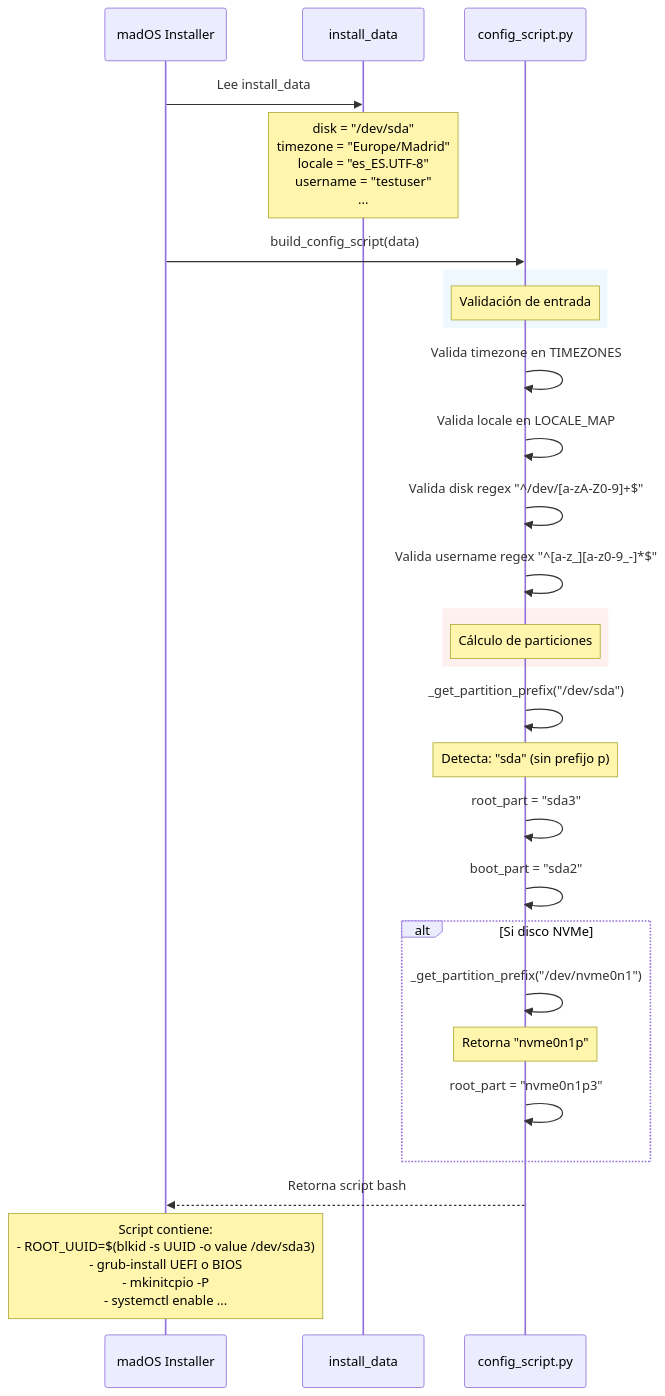
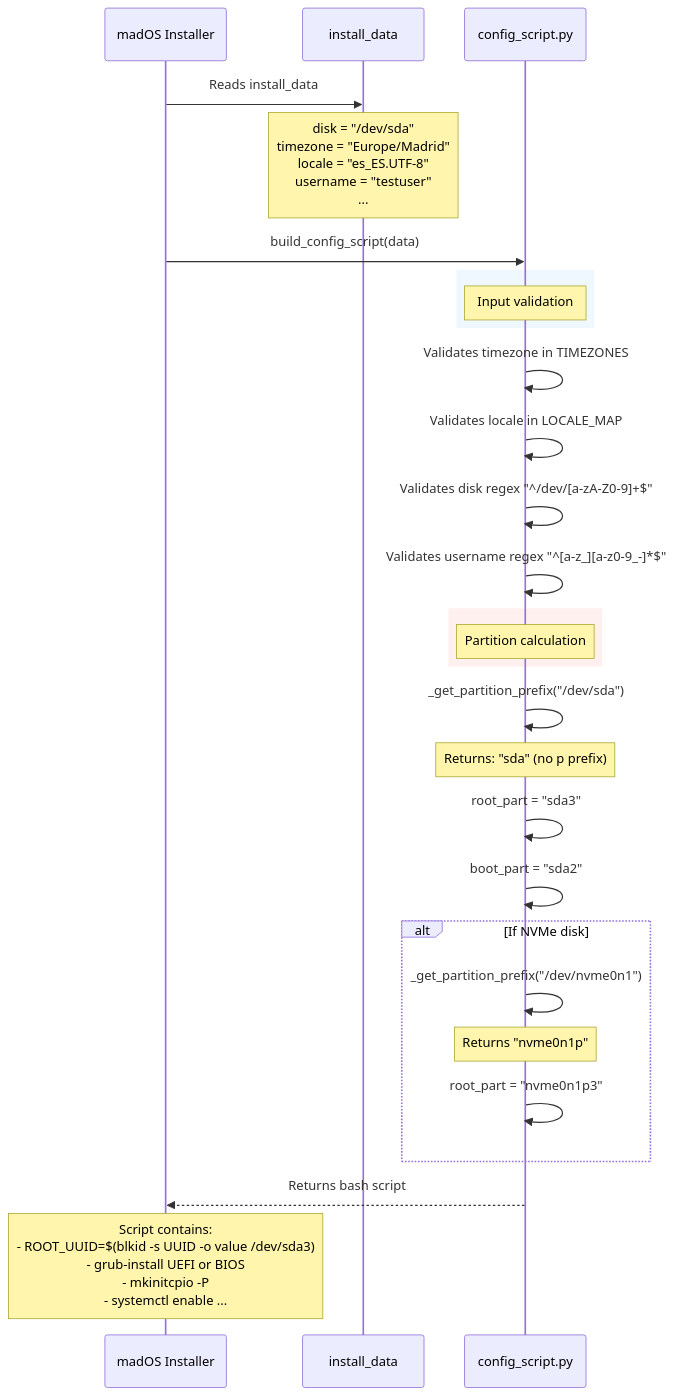
Before and after one commit to madoslinux/mados-installer: the eighth of 12 diagrams in INSTALLATION_FLOW.md, drawn with Mermaid. The commit also changed other lines of this file and 1 other file, not shown here.

First line of the commit message:
fix: add disk variable to config script for BIOS mode

````diff
--- a/INSTALLATION_FLOW.md
+++ b/INSTALLATION_FLOW.md
@@ -178,38 +178,38 @@
 ```mermaid
 sequenceDiagram
     participant App as madOS Installer
     participant Data as install_data
     participant Config as config_script.py
 
-    App->>Data: Lee install_data
+    App->>Data: Reads install_data
     Note over Data: disk = "/dev/sda"<br/>timezone = "Europe/Madrid"<br/>locale = "es_ES.UTF-8"<br/>username = "testuser"<br/>...
 
     App->>Config: build_config_script(data)
 
     rect rgb(240, 248, 255)
-        Note over Config: Validación de entrada
+        Note over Config: Input validation
     end
-    Config->>Config: Valida timezone en TIMEZONES
-    Config->>Config: Valida locale en LOCALE_MAP
-    Config->>Config: Valida disk regex "^/dev/[a-zA-Z0-9]+$"
-    Config->>Config: Valida username regex "^[a-z_][a-z0-9_-]*$"
+    Config->>Config: Validates timezone in TIMEZONES
+    Config->>Config: Validates locale in LOCALE_MAP
+    Config->>Config: Validates disk regex "^/dev/[a-zA-Z0-9]+$"
+    Config->>Config: Validates username regex "^[a-z_][a-z0-9_-]*$"
 
     rect rgb(255, 240, 240)
-        Note over Config: Cálculo de particiones
+        Note over Config: Partition calculation
     end
     Config->>Config: _get_partition_prefix("/dev/sda")
-    Note over Config: Detecta: "sda" (sin prefijo p)
+    Note over Config: Returns: "sda" (no p prefix)
 
     Config->>Config: root_part = "sda3"
     Config->>Config: boot_part = "sda2"
 
-    alt Si disco NVMe
+    alt If NVMe disk
         Config->>Config: _get_partition_prefix("/dev/nvme0n1")
-        Note over Config: Retorna "nvme0n1p"
+        Note over Config: Returns "nvme0n1p"
         Config->>Config: root_part = "nvme0n1p3"
     end
 
-    Config-->>App: Retorna script bash
+    Config-->>App: Returns bash script
 
-    Note over App: Script contiene:<br/>- ROOT_UUID=$(blkid -s UUID -o value /dev/sda3)<br/>- grub-install UEFI o BIOS<br/>- mkinitcpio -P<br/>- systemctl enable ...
+    Note over App: Script contains:<br/>- ROOT_UUID=$(blkid -s UUID -o value /dev/sda3)<br/>- grub-install UEFI or BIOS<br/>- mkinitcpio -P<br/>- systemctl enable ...
 ```
````
